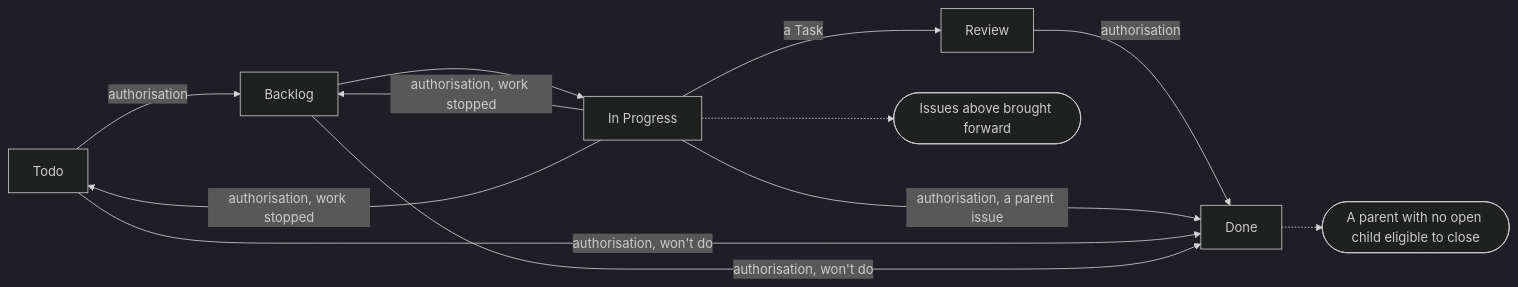
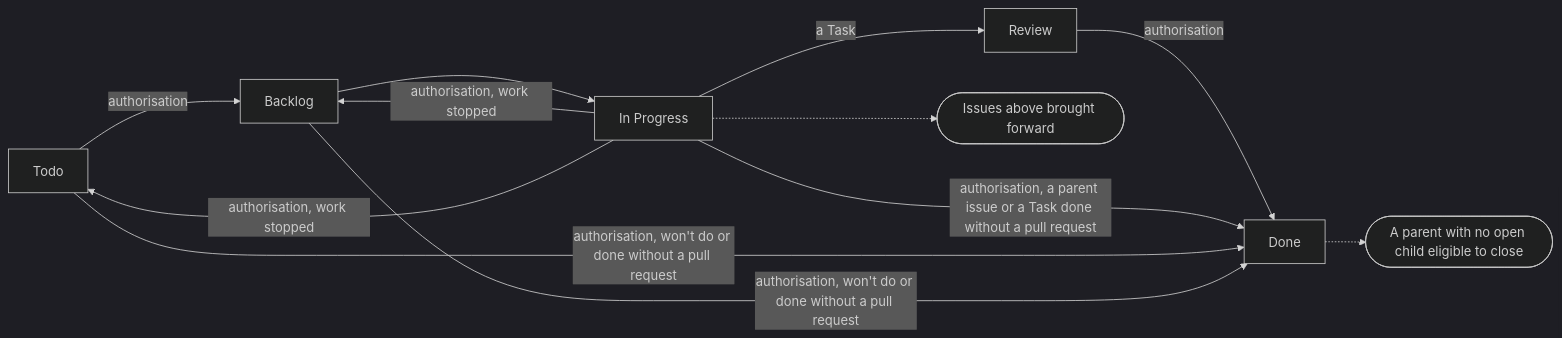
The second of 3 diagrams in tech-docs/analysis/project-management/domain-model/030-the-issue-lifecycle.md (aleskalfas/project-kit), drawn with Mermaid (dark theme) before and after one commit. The commit also changed other lines of this file and 3 other files, not shown here.

First line of the commit message:
docs(analysis): the issue lifecycle's view, UC-061 and REQ-042 carry the completed close

````diff
--- a/tech-docs/analysis/project-management/domain-model/030-the-issue-lifecycle.md
+++ b/tech-docs/analysis/project-management/domain-model/030-the-issue-lifecycle.md
@@ -61,16 +61,16 @@
 ```mermaid
 flowchart LR
   accTitle: How an issue moves through its lifecycle
-  accDescr: An authorisation takes an issue from Todo to Backlog. It then moves to In Progress, and a Task to Review. An authorisation takes it back from In Progress to Backlog or Todo once its work stopped. An authorisation takes it to Done, and closing as won't do also needs one. A forward move brings the issues above forward, and a parent with no open child becomes eligible to close.
+  accDescr: An authorisation takes an issue from Todo to Backlog. It then moves to In Progress, and a Task to Review. An authorisation takes it back from In Progress to Backlog or Todo once its work stopped. An authorisation takes it to Done, and closing as won't do, or as a Task done without a pull request, also needs one. A forward move brings the issues above forward, and a parent with no open child becomes eligible to close.
   todo[Todo] -->|authorisation| backlog[Backlog]
   backlog --> inprogress[In Progress]
   inprogress -->|authorisation, work stopped| backlog
   inprogress -->|authorisation, work stopped| todo
   inprogress -->|a Task| review[Review]
   review -->|authorisation| done[Done]
-  inprogress -->|authorisation, a parent issue| done
-  todo -->|authorisation, won't do| done
-  backlog -->|authorisation, won't do| done
+  inprogress -->|authorisation, a parent issue or a Task done without a pull request| done
+  todo -->|authorisation, won't do or done without a pull request| done
+  backlog -->|authorisation, won't do or done without a pull request| done
   inprogress -.-> forward([Issues above brought forward])
   done -.-> eligible([A parent with no open child eligible to close])
 ```
````
